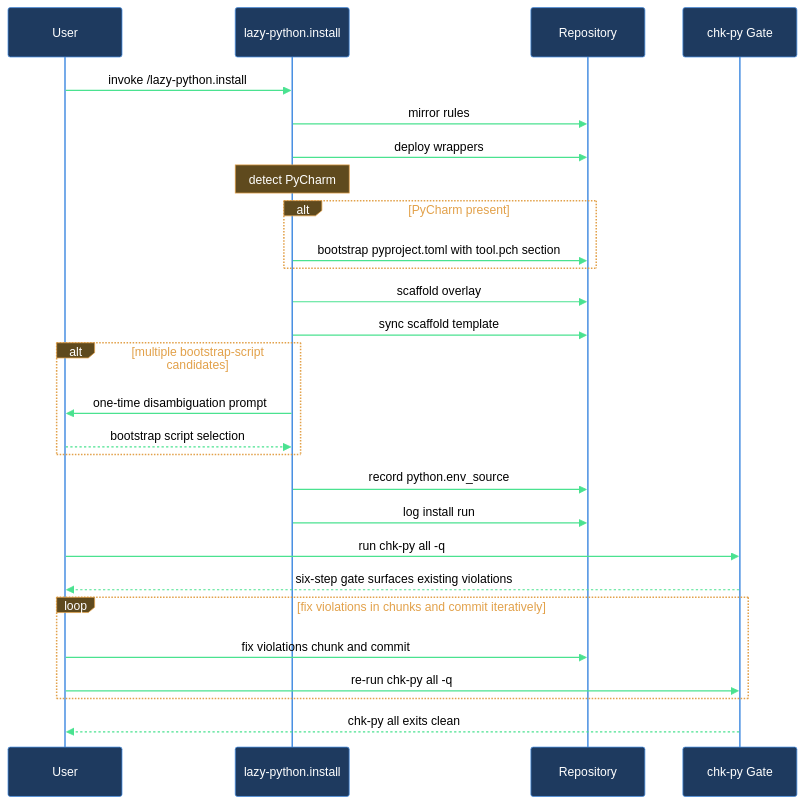
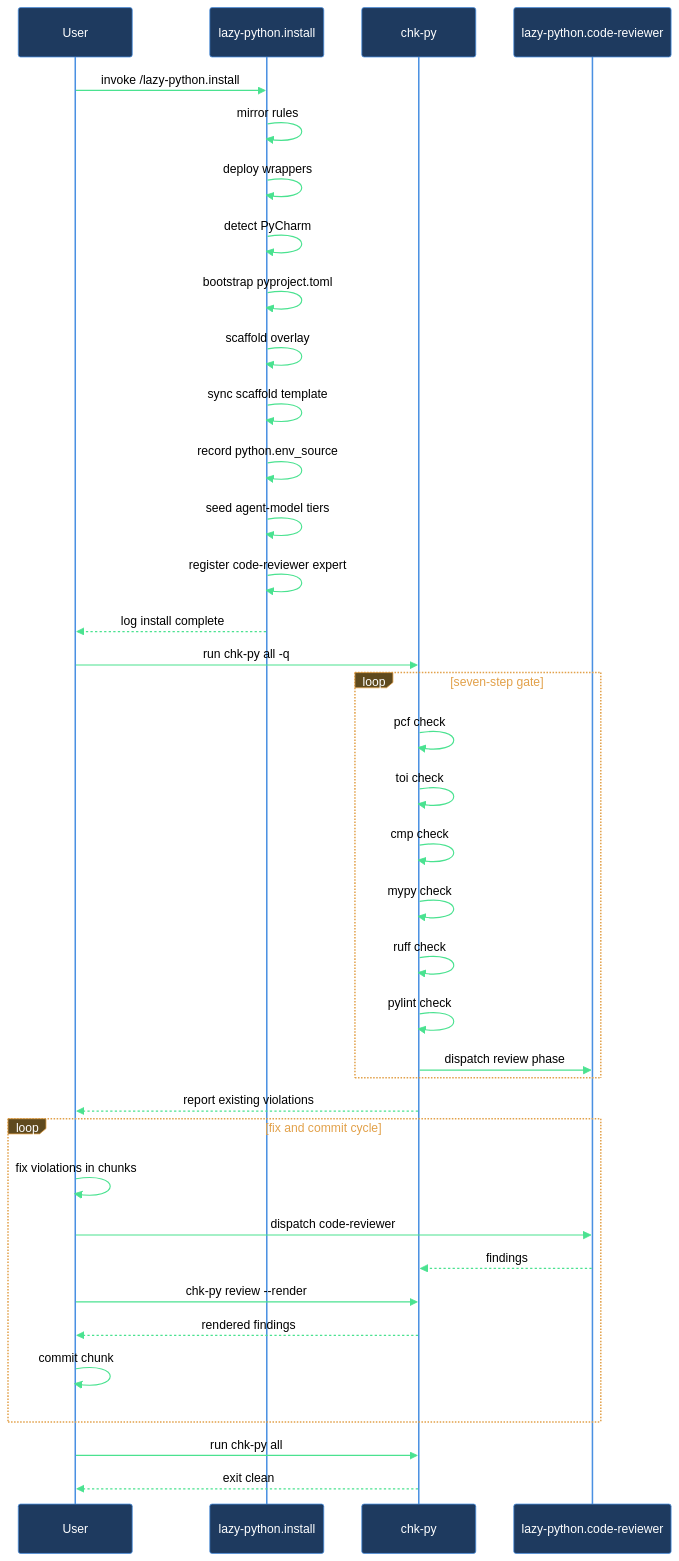
Before and after one commit to mebius-san/lazy-cortex: the diagram in claude/lazycortex-python/help/walkthroughs/migrate-existing-repo.md, drawn with Mermaid. The commit also changed other lines of this file and 36 other files, not shown here.

````diff
--- a/claude/lazycortex-python/help/walkthroughs/migrate-existing-repo.md
+++ b/claude/lazycortex-python/help/walkthroughs/migrate-existing-repo.md
@@ -137,31 +140,41 @@
 ```mermaid
 %%{init: {'themeVariables':{'background':'transparent','primaryColor':'#1e3a5f','primaryBorderColor':'#4a90e2','primaryTextColor':'#fff','lineColor':'#4ae290','actorBkg':'#1e3a5f','actorBorder':'#4a90e2','actorTextColor':'#fff','actorLineColor':'#4a90e2','signalColor':'#4ae290','signalTextColor':'#000','noteBkgColor':'#5f4a1e','noteBorderColor':'#e2a14a','noteTextColor':'#fff','labelBoxBkgColor':'#5f4a1e','labelBoxBorderColor':'#e2a14a','labelTextColor':'#fff','loopTextColor':'#e2a14a'},'sequence':{'diagramPadding':5,'useMaxWidth':true}}}%%
 sequenceDiagram
   participant user as User
-  participant installer as lazy-python.install
-  participant repo as Repository
-  participant chkPy as chk-py Gate
+  participant install as lazy-python.install
+  participant chkPy as chk-py
+  participant reviewer as lazy-python.code-reviewer
 
-  user->>installer: invoke /lazy-python.install
-  installer->>repo: mirror rules
-  installer->>repo: deploy wrappers
-  Note over installer: detect PyCharm
-  alt PyCharm present
-    installer->>repo: bootstrap pyproject.toml with tool.pch section
+  user->>install: invoke /lazy-python.install
+  install->>install: mirror rules
+  install->>install: deploy wrappers
+  install->>install: detect PyCharm
+  install->>install: bootstrap pyproject.toml
+  install->>install: scaffold overlay
+  install->>install: sync scaffold template
+  install->>install: record python.env_source
+  install->>install: seed agent-model tiers
+  install->>install: register code-reviewer expert
+  install-->>user: log install complete
+  user->>chkPy: run chk-py all -q
+  loop seven-step gate
+    chkPy->>chkPy: pcf check
+    chkPy->>chkPy: toi check
+    chkPy->>chkPy: cmp check
+    chkPy->>chkPy: mypy check
+    chkPy->>chkPy: ruff check
+    chkPy->>chkPy: pylint check
+    chkPy->>reviewer: dispatch review phase
   end
-  installer->>repo: scaffold overlay
-  installer->>repo: sync scaffold template
-  alt multiple bootstrap-script candidates
-    installer->>user: one-time disambiguation prompt
-    user-->>installer: bootstrap script selection
+  chkPy-->>user: report existing violations
+  loop fix and commit cycle
+    user->>user: fix violations in chunks
+    user->>reviewer: dispatch code-reviewer
+    reviewer-->>chkPy: findings
+    user->>chkPy: chk-py review --render
+    chkPy-->>user: rendered findings
+    user->>user: commit chunk
   end
-  installer->>repo: record python.env_source
-  installer->>repo: log install run
-  user->>chkPy: run chk-py all -q
-  chkPy-->>user: six-step gate surfaces existing violations
-  loop fix violations in chunks and commit iteratively
-    user->>repo: fix violations chunk and commit
-    user->>chkPy: re-run chk-py all -q
-  end
-  chkPy-->>user: chk-py all exits clean
+  user->>chkPy: run chk-py all
+  chkPy-->>user: exit clean
 ```
````
